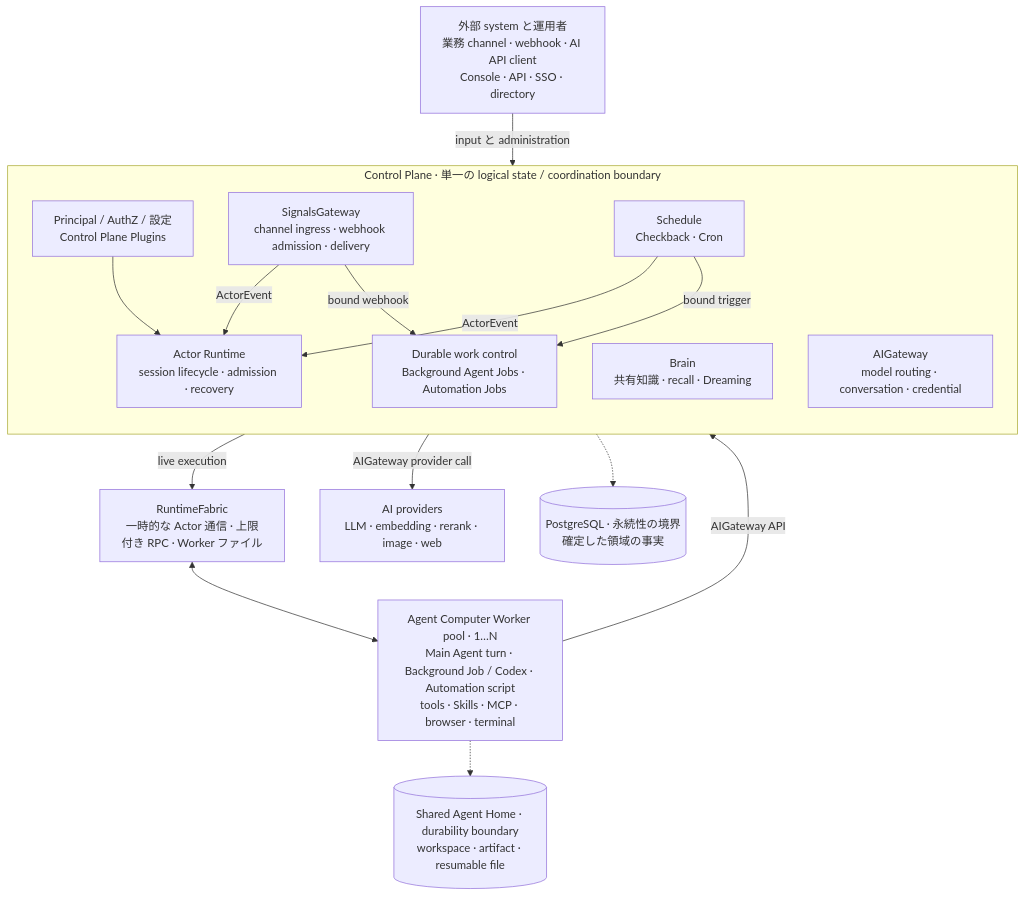
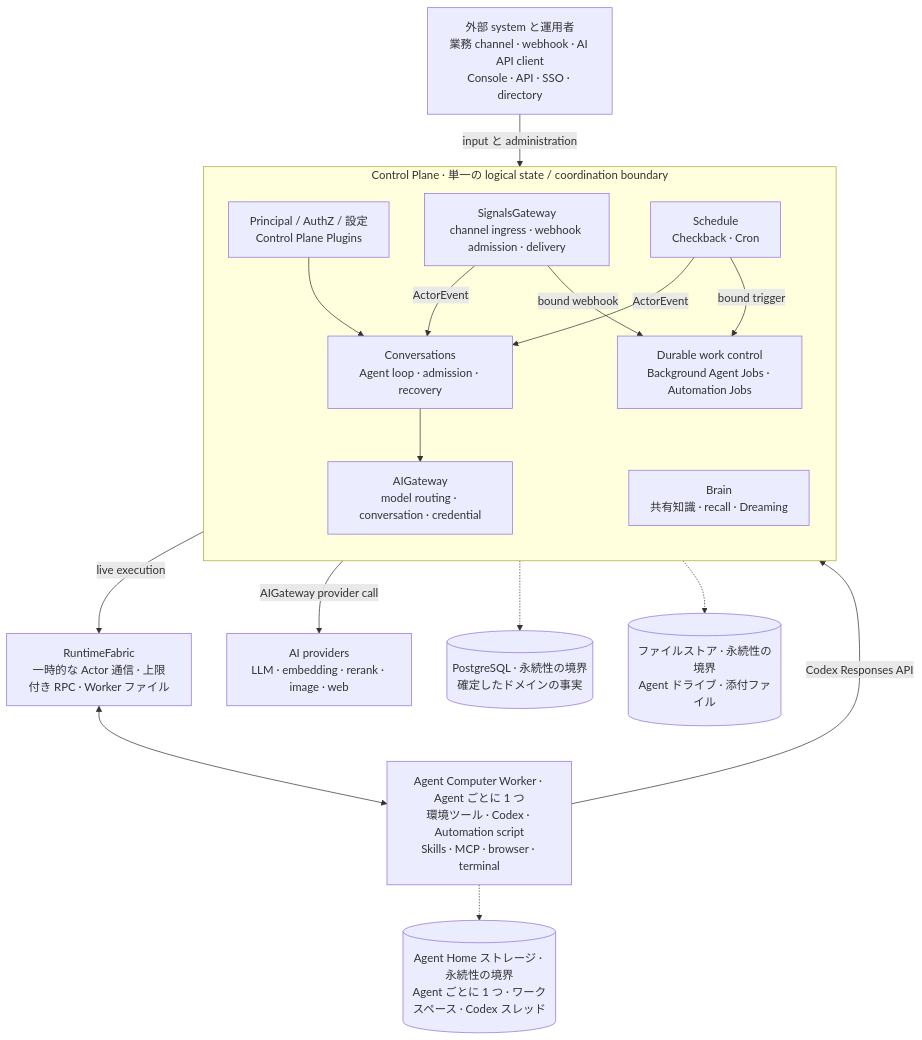
One commit to AgentBull/ankole changed the diagram in README.ja.md. Above: the diagram before and after it, drawn with Mermaid. The commit also changed other lines of this file and 2247 other files, not shown here.

````diff
--- a/README.ja.md
+++ b/README.ja.md
@@ -72,35 +153,38 @@
 ```mermaid
 flowchart TB
   External["外部 system と運用者<br/>業務 channel · webhook · AI API client<br/>Console · API · SSO · directory"]
 
   subgraph Control["Control Plane · 単一の logical state / coordination boundary"]
     direction TB
     Platform["Principal / AuthZ / 設定<br/>Control Plane Plugins"]
     SG["SignalsGateway<br/>channel ingress · webhook admission · delivery"]
     Schedule["Schedule<br/>Checkback · Cron"]
-    Runtime["Actor Runtime<br/>session lifecycle · admission · recovery"]
+    Runtime["Conversations<br/>Agent loop · admission · recovery"]
     Jobs["Durable work control<br/>Background Agent Jobs · Automation Jobs"]
     Brain["Brain<br/>共有知識 · recall · Dreaming"]
     AI["AIGateway<br/>model routing · conversation · credential"]
   end
 
   Fabric["RuntimeFabric<br/>一時的な Actor 通信 · 上限付き RPC · Worker ファイル"]
-  Workers["Agent Computer Worker pool · 1…N<br/>Main Agent turn · Background Job / Codex · Automation script<br/>tools · Skills · MCP · browser · terminal"]
+  Workers["Agent Computer Worker · Agent ごとに 1 つ<br/>環境ツール · Codex · Automation script<br/>Skills · MCP · browser · terminal"]
   Providers["AI providers<br/>LLM · embedding · rerank · image · web"]
 
-  PG[("PostgreSQL · 永続性の境界<br/>確定した領域の事実")]
-  Home[("Shared Agent Home · durability boundary<br/>workspace · artifact · resumable file")]
+  PG[("PostgreSQL · 永続性の境界<br/>確定したドメインの事実")]
+  Files[("ファイルストア · 永続性の境界<br/>Agent ドライブ · 添付ファイル")]
+  Homes[("Agent Home ストレージ · 永続性の境界<br/>Agent ごとに 1 つ · ワークスペース · Codex スレッド")]
 
   External -->|"input と administration"| Control
   SG -->|"ActorEvent"| Runtime
   Schedule -->|"ActorEvent"| Runtime
   SG -->|"bound webhook"| Jobs
   Schedule -->|"bound trigger"| Jobs
   Platform --> Runtime
+  Runtime --> AI
   Control -->|"live execution"| Fabric
   Fabric <--> Workers
-  Workers -->|"AIGateway API"| Control
+  Workers -->|"Codex Responses API"| AI
   Control -->|"AIGateway provider call"| Providers
   Control -.-> PG
-  Workers -.-> Home
+  Control -.-> Files
+  Workers -.-> Homes
 ```
````
